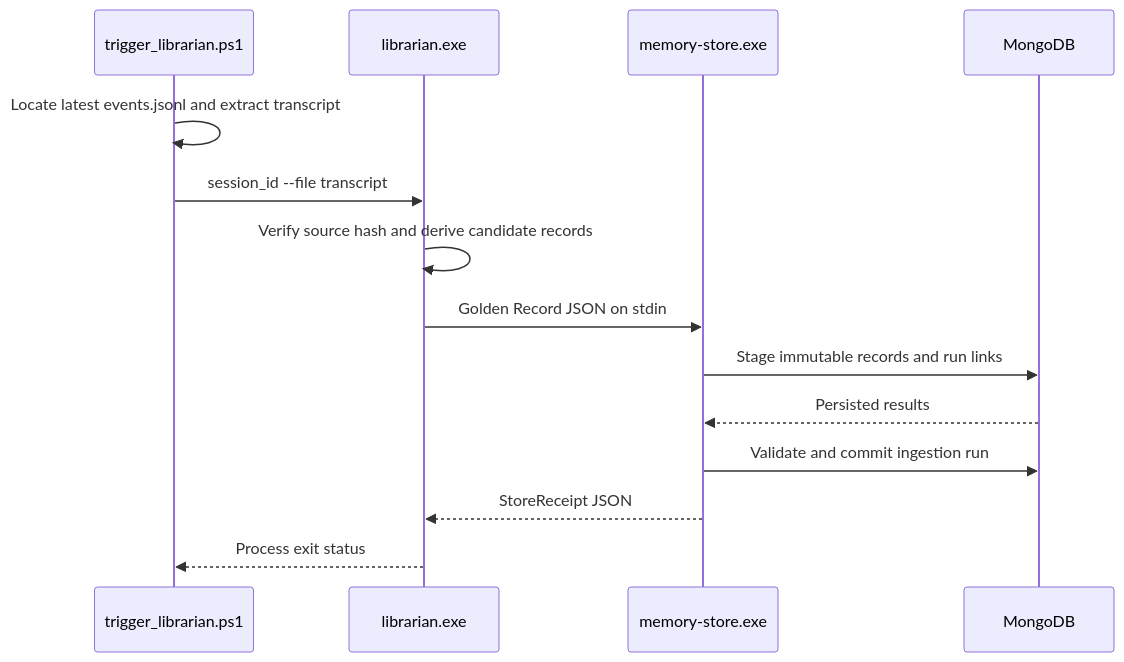
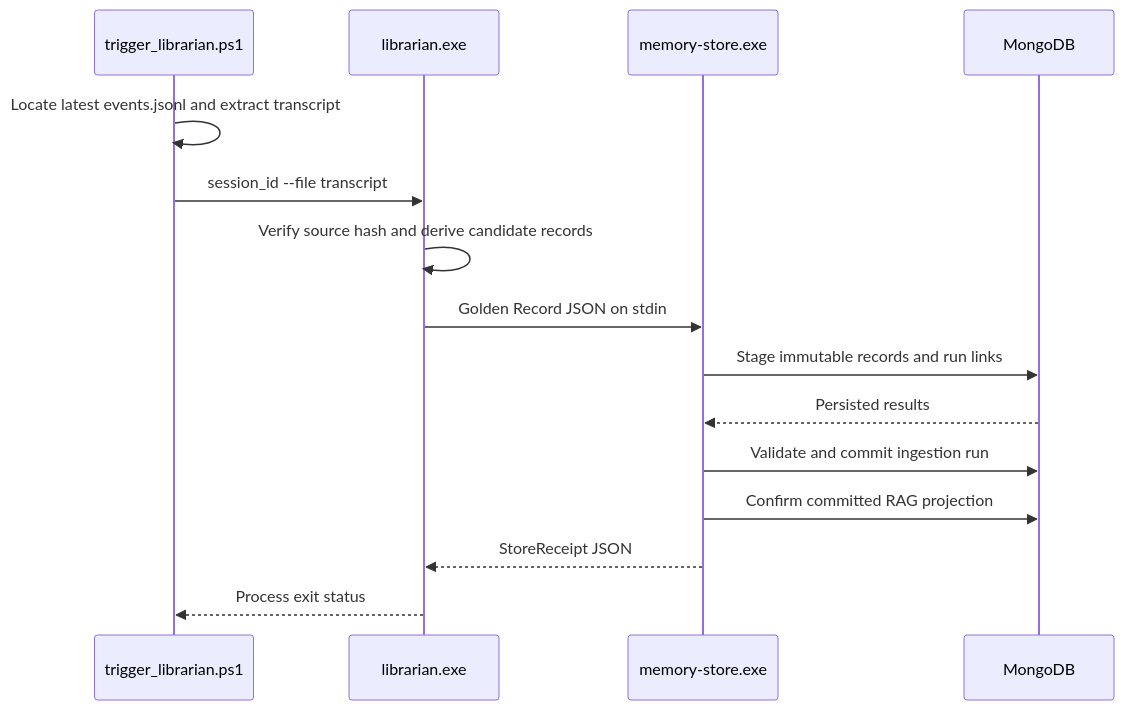
The fourth of 4 diagrams in ARCHITECTURE.md (usrname1git/GodBrain), drawn with Mermaid before and after one commit. The commit also changed other lines of this file and 25 other files, not shown here.

````diff
--- a/ARCHITECTURE.md
+++ b/ARCHITECTURE.md
@@ -228,17 +236,18 @@
 ```mermaid
 sequenceDiagram
     participant T as trigger_librarian.ps1
     participant L as librarian.exe
     participant G as memory-store.exe
     participant M as MongoDB
 
     T->>T: Locate latest events.jsonl and extract transcript
     T->>L: session_id --file transcript
     L->>L: Verify source hash and derive candidate records
     L->>G: Golden Record JSON on stdin
     G->>M: Stage immutable records and run links
     M-->>G: Persisted results
     G->>M: Validate and commit ingestion run
+    G->>M: Confirm committed RAG projection
     G-->>L: StoreReceipt JSON
     L-->>T: Process exit status
 ```
````
